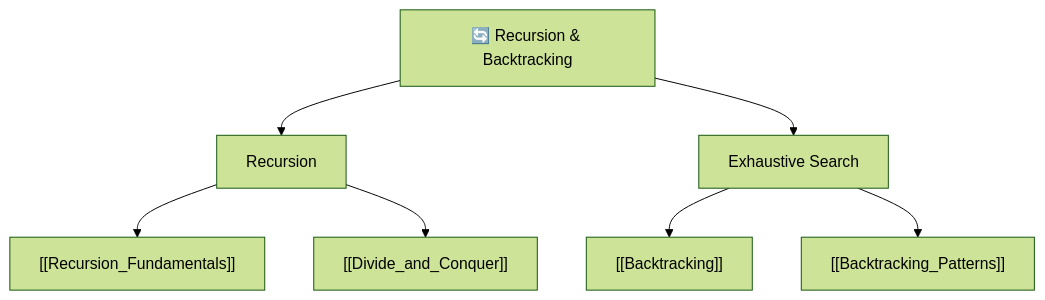
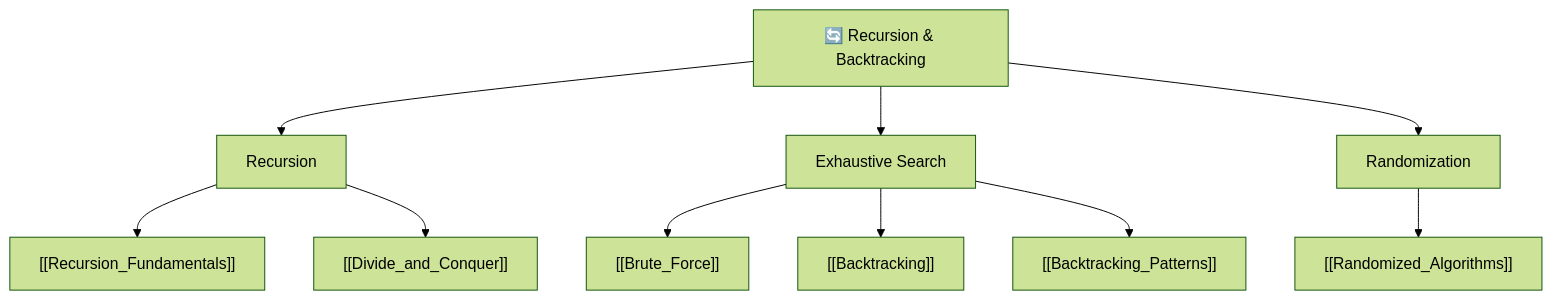
The diagram in DSA/09_Recursion_Backtracking/_MOC_Recursion_Backtracking.md (karanjain1601/Obsidian-Monday), drawn with Mermaid (forest theme) before and after one commit. The commit also changed other lines of this file and 274 other files, not shown here.

````diff
--- a/DSA/09_Recursion_Backtracking/_MOC_Recursion_Backtracking.md
+++ b/DSA/09_Recursion_Backtracking/_MOC_Recursion_Backtracking.md
@@ -15,13 +15,17 @@
 ```mermaid
 graph TD
     RB["🔄 Recursion & Backtracking"]
 
     RB --> REC["Recursion"]
     RB --> EX["Exhaustive Search"]
+    RB --> RND["Randomization"]
 
     REC --> RF["[[Recursion_Fundamentals]]"]
     REC --> DC["[[Divide_and_Conquer]]"]
 
+    EX --> BF["[[Brute_Force]]"]
     EX --> BT["[[Backtracking]]"]
     EX --> BTP["[[Backtracking_Patterns]]"]
+
+    RND --> RA["[[Randomized_Algorithms]]"]
 ```
````
